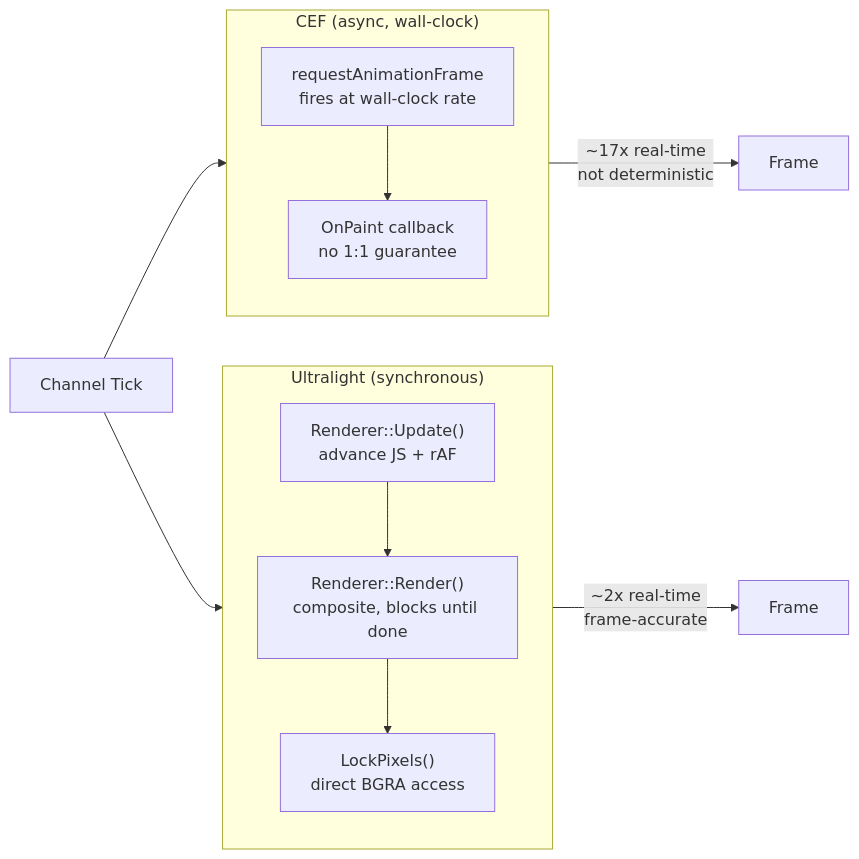
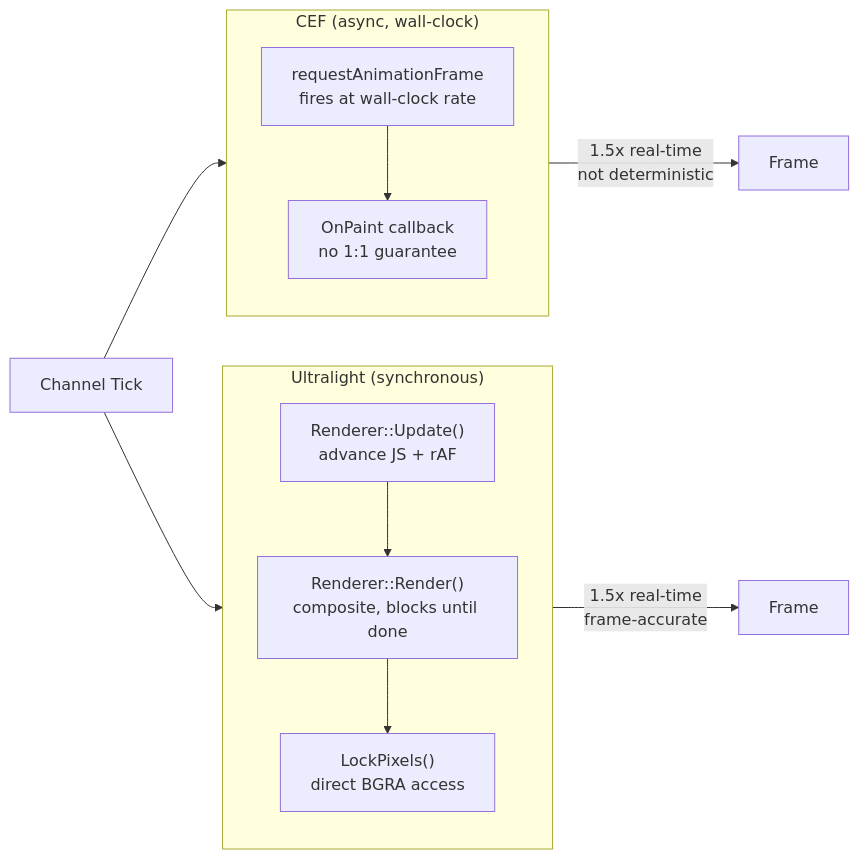
The tenth of 11 diagrams in docs/architecture.md (den-frie-vilje/casparCG), drawn with Mermaid before and after one commit. The commit also changed other lines of this file and 3 other files, not shown here.

````diff
--- a/docs/architecture.md
+++ b/docs/architecture.md
@@ -620,23 +620,23 @@
 ```mermaid
 flowchart LR
     subgraph CEF["CEF (async, wall-clock)"]
         direction TB
         CEF_RAF["requestAnimationFrame<br/>fires at wall-clock rate"]
         CEF_PAINT["OnPaint callback<br/>no 1:1 guarantee"]
         CEF_RAF --> CEF_PAINT
     end
 
     subgraph Ultralight["Ultralight (synchronous)"]
         direction TB
         UL_UPDATE["Renderer::Update()<br/>advance JS + rAF"]
         UL_RENDER["Renderer::Render()<br/>composite, blocks until done"]
         UL_PIXELS["LockPixels()<br/>direct BGRA access"]
         UL_UPDATE --> UL_RENDER --> UL_PIXELS
     end
 
     TICK[Channel Tick] --> CEF
     TICK --> Ultralight
 
-    CEF -->|"~17x real-time<br/>not deterministic"| FRAME1[Frame]
-    Ultralight -->|"~2x real-time<br/>frame-accurate"| FRAME2[Frame]
+    CEF -->|"1.5x real-time<br/>not deterministic"| FRAME1[Frame]
+    Ultralight -->|"1.5x real-time<br/>frame-accurate"| FRAME2[Frame]
 ```
````
